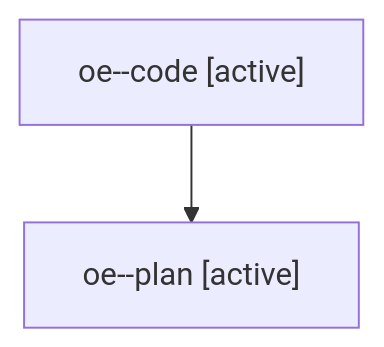
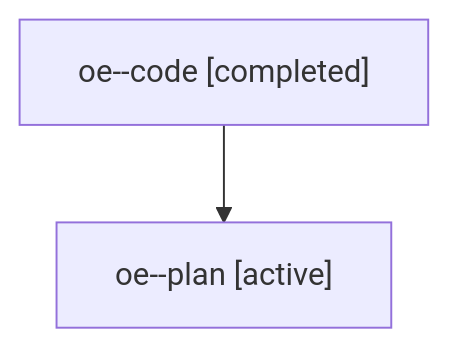
One commit to sase-org/sase--agents changed the diagram in families/bbugyi200.athena.oe.md. Above: the diagram before and after it, drawn with Mermaid. The commit also changed other lines of this file and 5813 other files, not shown here.

````diff
--- a/families/bbugyi200.athena.oe.md
+++ b/families/bbugyi200.athena.oe.md
@@ -9,6 +9,6 @@
 ```mermaid
 flowchart TD
-  n0["oe--code [active]"]
+  n0["oe--code [completed]"]
   n1["oe--plan [active]"]
   n0 --> n1
 ```
````
